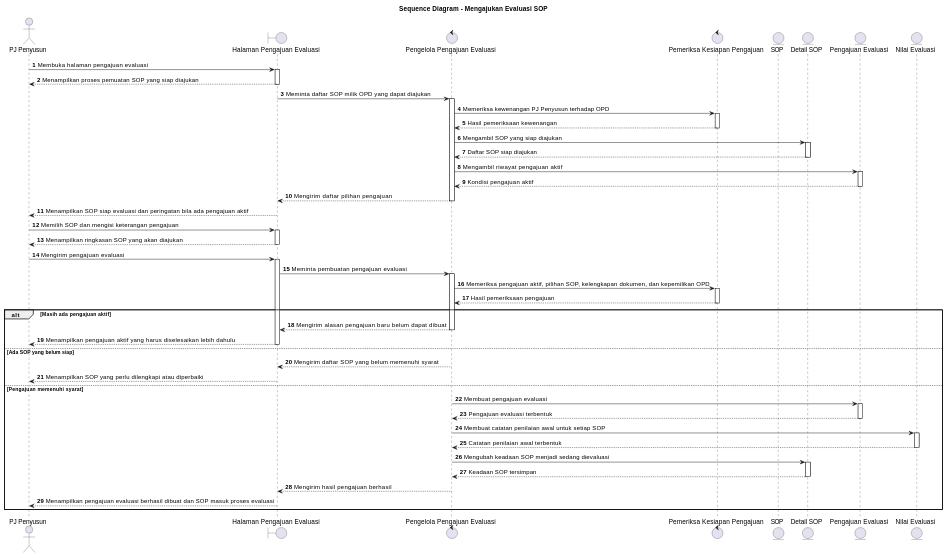
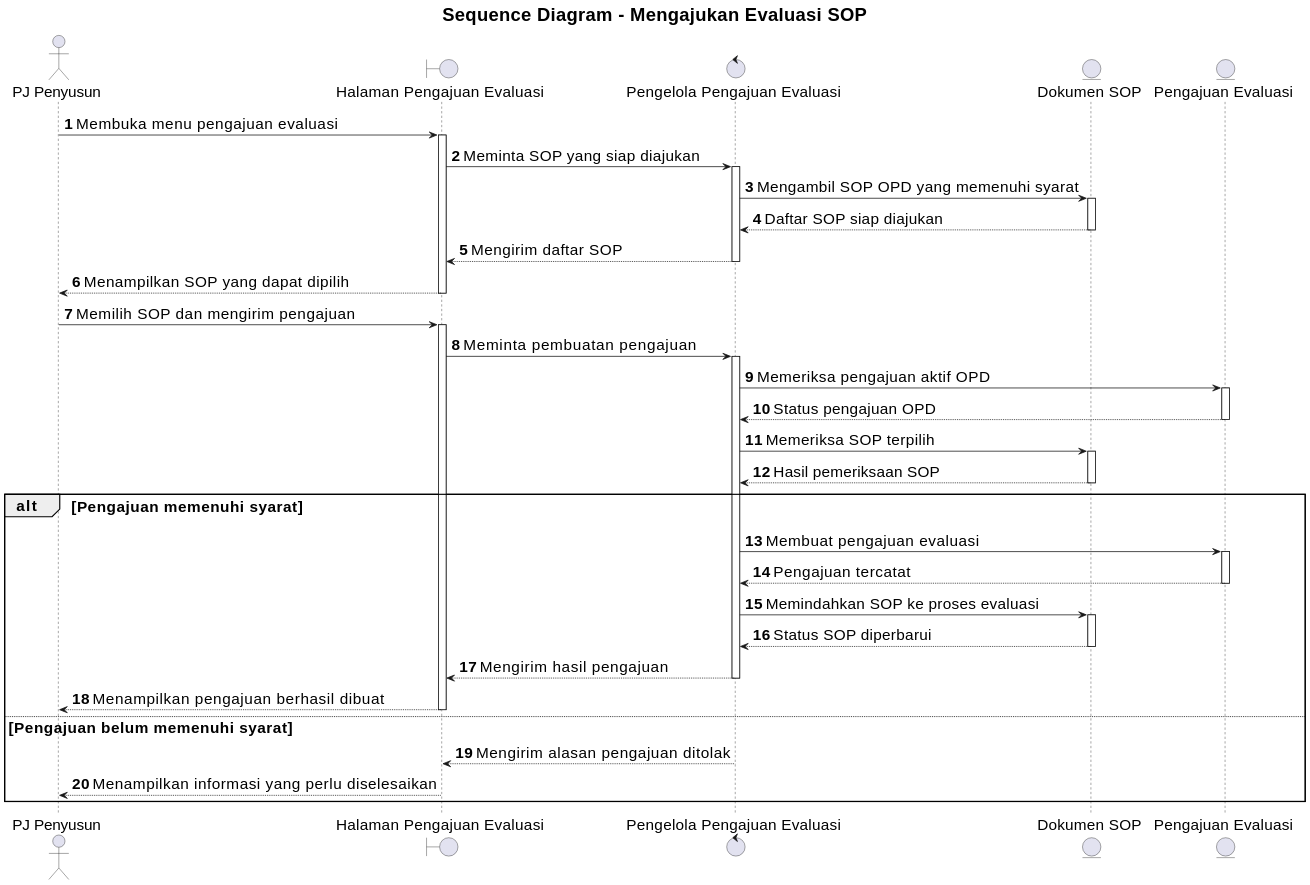
One commit to howlil/sop-generate-app changed the diagram in docs/sequence/pj-penyusun-mengajukan-evaluasi-sop.md. Above: the diagram before and after it, drawn with PlantUML. The commit also changed other lines of this file and 20 other files, not shown here.

Commit message:
docs(sequence): align all sequence diagrams with use cases

````diff
--- a/docs/sequence/pj-penyusun-mengajukan-evaluasi-sop.md
+++ b/docs/sequence/pj-penyusun-mengajukan-evaluasi-sop.md
@@ -16,52 +16,44 @@
 ```plantuml
 @startuml
+skinparam defaultFontSize 20
+skinparam titleFontSize 24
+skinparam dpi 160
+
 title Sequence Diagram - Mengajukan Evaluasi SOP
 autonumber
 autoactivate on
 
 actor "PJ Penyusun" as A
 boundary "Halaman Pengajuan Evaluasi" as B
 control "Pengelola Pengajuan Evaluasi" as C
-control "Pemeriksa Kesiapan Pengajuan" as D
-entity "SOP" as SOP
-entity "Detail SOP" as DetailSOP
-entity "Pengajuan Evaluasi" as Pengajuan
-entity "Nilai Evaluasi" as Nilai
+entity "Dokumen SOP" as D
+entity "Pengajuan Evaluasi" as E
 
-A -> B : Membuka halaman pengajuan evaluasi
-B --> A : Menampilkan proses pemuatan SOP yang siap diajukan
-B -> C : Meminta daftar SOP milik OPD yang dapat diajukan
-C -> D : Memeriksa kewenangan PJ Penyusun terhadap OPD
-D --> C : Hasil pemeriksaan kewenangan
-C -> DetailSOP : Mengambil SOP yang siap diajukan
-DetailSOP --> C : Daftar SOP siap diajukan
-C -> Pengajuan : Mengambil riwayat pengajuan aktif
-Pengajuan --> C : Kondisi pengajuan aktif
-C --> B : Mengirim daftar pilihan pengajuan
-B --> A : Menampilkan SOP siap evaluasi dan peringatan bila ada pengajuan aktif
+A -> B : Membuka menu pengajuan evaluasi
+B -> C : Meminta SOP yang siap diajukan
+C -> D : Mengambil SOP OPD yang memenuhi syarat
+D --> C : Daftar SOP siap diajukan
+C --> B : Mengirim daftar SOP
+B --> A : Menampilkan SOP yang dapat dipilih
 
-A -> B : Memilih SOP dan mengisi keterangan pengajuan
-B --> A : Menampilkan ringkasan SOP yang akan diajukan
-A -> B : Mengirim pengajuan evaluasi
-B -> C : Meminta pembuatan pengajuan evaluasi
-C -> D : Memeriksa pengajuan aktif, pilihan SOP, kelengkapan dokumen, dan kepemilikan OPD
-D --> C : Hasil pemeriksaan pengajuan
-alt Masih ada pengajuan aktif
-  C --> B : Mengirim alasan pengajuan baru belum dapat dibuat
-  B --> A : Menampilkan pengajuan aktif yang harus diselesaikan lebih dahulu
-else Ada SOP yang belum siap
-  C --> B : Mengirim daftar SOP yang belum memenuhi syarat
-  B --> A : Menampilkan SOP yang perlu dilengkapi atau diperbaiki
-else Pengajuan memenuhi syarat
-  C -> Pengajuan : Membuat pengajuan evaluasi
-  Pengajuan --> C : Pengajuan evaluasi terbentuk
-  C -> Nilai : Membuat catatan penilaian awal untuk setiap SOP
-  Nilai --> C : Catatan penilaian awal terbentuk
-  C -> DetailSOP : Mengubah keadaan SOP menjadi sedang dievaluasi
-  DetailSOP --> C : Keadaan SOP tersimpan
-  C --> B : Mengirim hasil pengajuan berhasil
-  B --> A : Menampilkan pengajuan evaluasi berhasil dibuat dan SOP masuk proses evaluasi
+A -> B : Memilih SOP dan mengirim pengajuan
+B -> C : Meminta pembuatan pengajuan
+C -> E : Memeriksa pengajuan aktif OPD
+E --> C : Status pengajuan OPD
+C -> D : Memeriksa SOP terpilih
+D --> C : Hasil pemeriksaan SOP
+
+alt Pengajuan memenuhi syarat
+  C -> E : Membuat pengajuan evaluasi
+  E --> C : Pengajuan tercatat
+  C -> D : Memindahkan SOP ke proses evaluasi
+  D --> C : Status SOP diperbarui
+  C --> B : Mengirim hasil pengajuan
+  B --> A : Menampilkan pengajuan berhasil dibuat
+else Pengajuan belum memenuhi syarat
+  C --> B : Mengirim alasan pengajuan ditolak
+  B --> A : Menampilkan informasi yang perlu diselesaikan
 end
 
 @enduml
 ```
````
